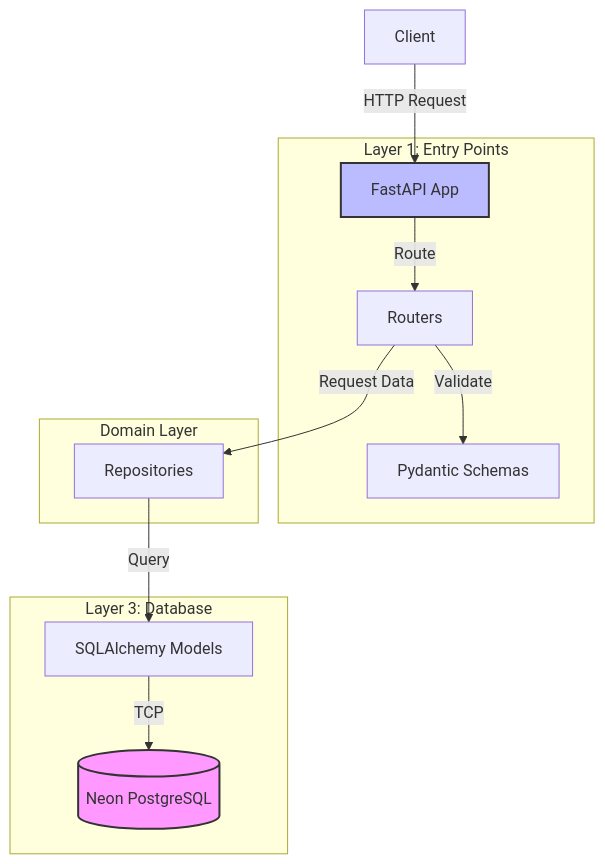
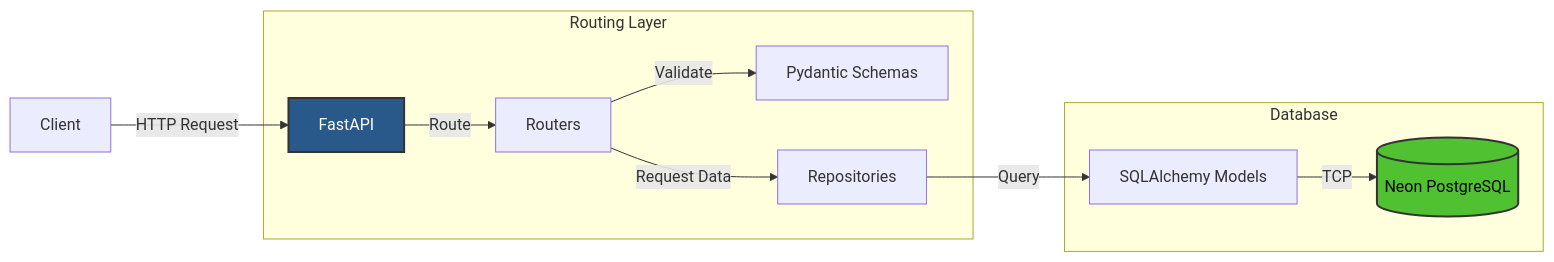
Before and after one commit to EmanuelRodriguezBedeman/fastapi-analytics-project: the diagram in README.md, drawn with Mermaid.

Commit message:
Testing horizontal layout of mermaid

````diff
--- a/README.md
+++ b/README.md
@@ -63,22 +63,19 @@
 ```mermaid
-graph TD
-    Client[Client] -->|HTTP Request| API[FastAPI App]
-    
-    subgraph Routing_Layer [Layer 1: Entry Points]
+graph LR
+    Client[Client] -->|HTTP Request| API[FastAPI]
+
+    subgraph Routing_Layer [Routing Layer]
         API -->|Route| Routers[Routers]
         Routers -->|Validate| Schemas[Pydantic Schemas]
-    end
-    
-    subgraph Domain_Logic [Domain Layer]
         Routers -->|Request Data| Repos[Repositories]
     end
-    
-    subgraph Persistence_Layer [Layer 3: Database]
+
+    subgraph Persistence_Layer [Database]
         Repos -->|Query| Models[SQLAlchemy Models]
         Models -->|TCP| DB[(Neon PostgreSQL)]
     end
 
-    %% Key for clarity
-    style DB fill:#f9f,stroke:#333,stroke-width:2px
-    style API fill:#bbf,stroke:#333,stroke-width:2px
+    %% Key for clarity 
+    style DB fill:#50C232,stroke:#333,stroke-width:2px,color:#000000
+    style API fill:#29588A,stroke:#333,stroke-width:2px,color:#ffffff
 ```
````
